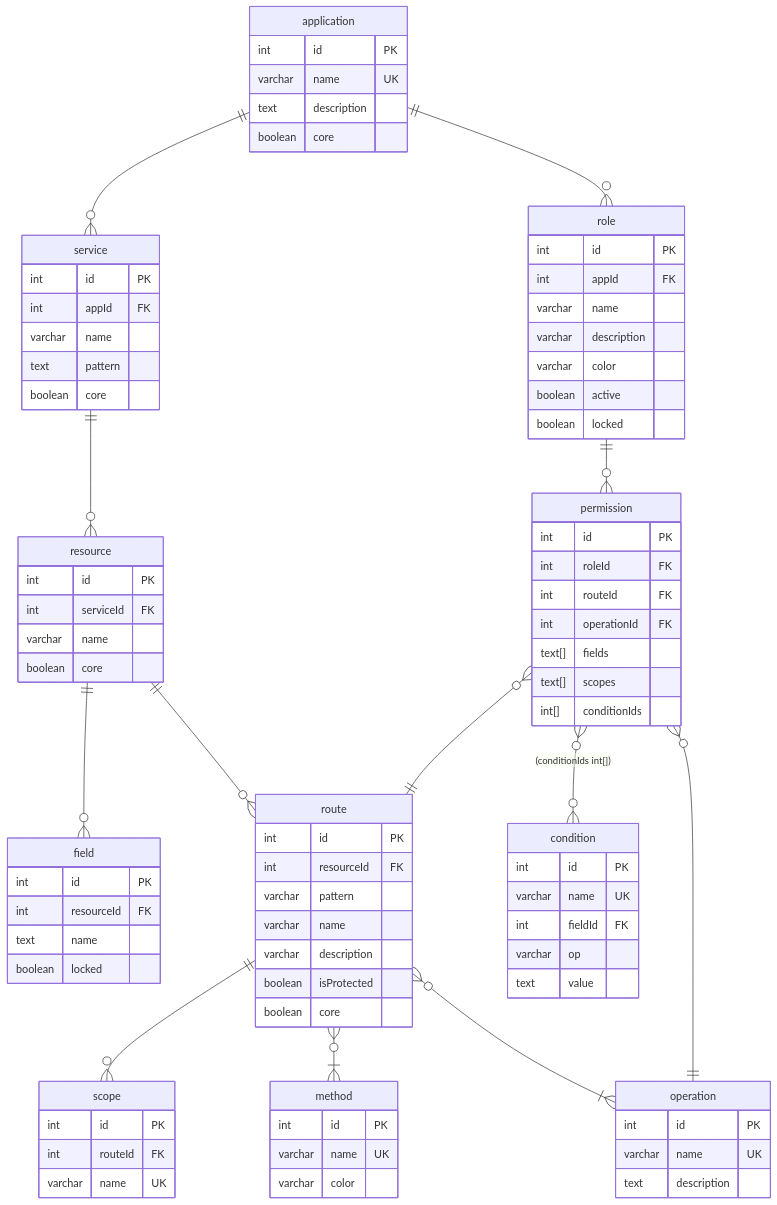
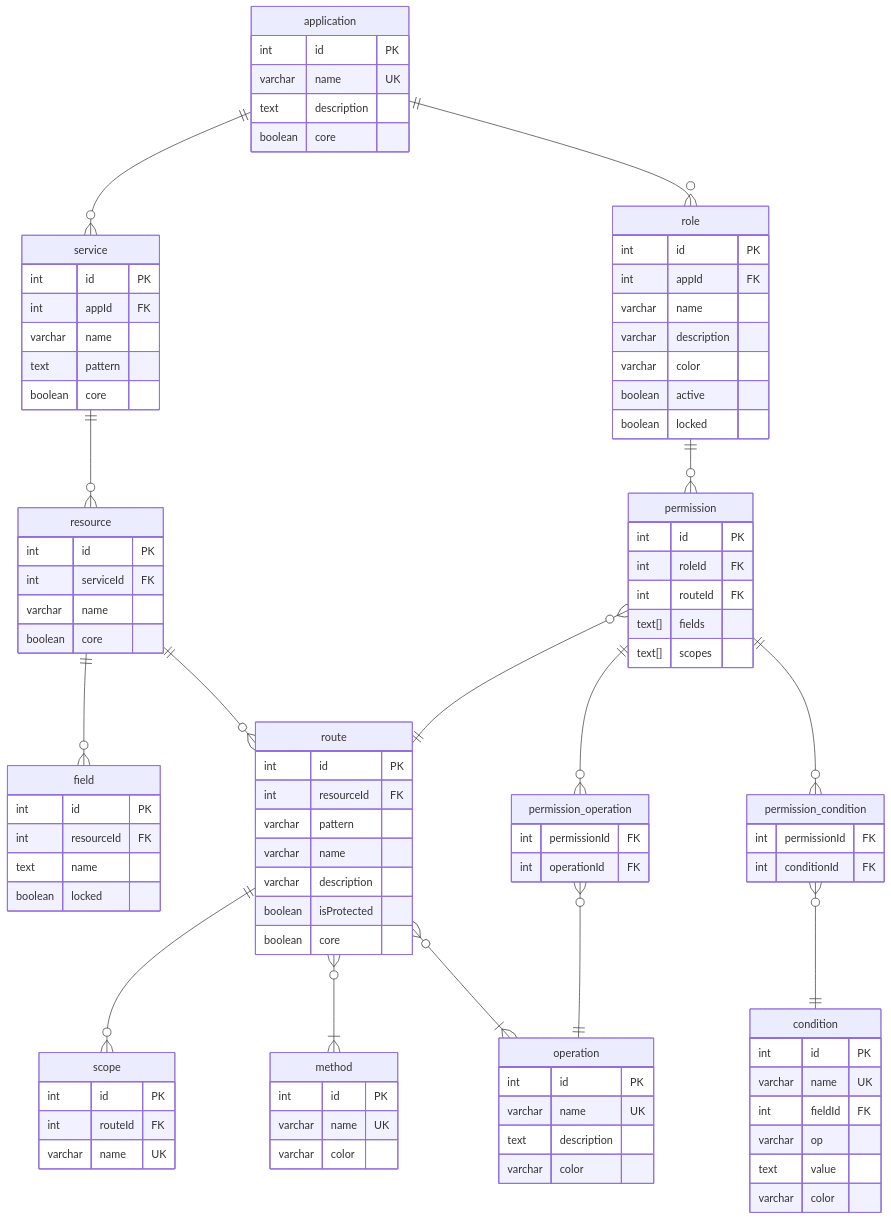
One commit to ALTEN-group/Gatelin changed the first of 2 diagrams in doc/erd.md. Above: the diagram before and after it, drawn with Mermaid. The commit also changed 35 other files, not shown here.

```diff
--- a/doc/erd.md
+++ b/doc/erd.md
@@ -18,8 +18,10 @@
   route }o--|{ operation : ""
 
   permission }o--|| route : ""
-  permission }o--|| operation : ""
-  permission }o--o{ condition : "(conditionIds int[])"
+  permission ||--o{ permission_operation : ""
+  permission ||--o{ permission_condition : ""
+  permission_operation }o--|| operation : ""
+  permission_condition }o--|| condition : ""
 
   application {
     int id PK
@@ -42,10 +44,18 @@
     int id PK
     int roleId FK
     int routeId FK
-    int operationId FK
     text[] fields
     text[] scopes
-    int[] conditionIds
+  }
+
+  permission_operation {
+    int permissionId FK
+    int operationId FK
+  }
+
+  permission_condition {
+    int permissionId FK
+    int conditionId FK
   }
 
   condition {
@@ -54,6 +64,7 @@
     int fieldId FK
     varchar op
     text value
+    varchar color
   }
 
   service {
@@ -91,6 +102,7 @@
     int id PK
     varchar name UK
     text description
+    varchar color
   }
 
   field {
```
